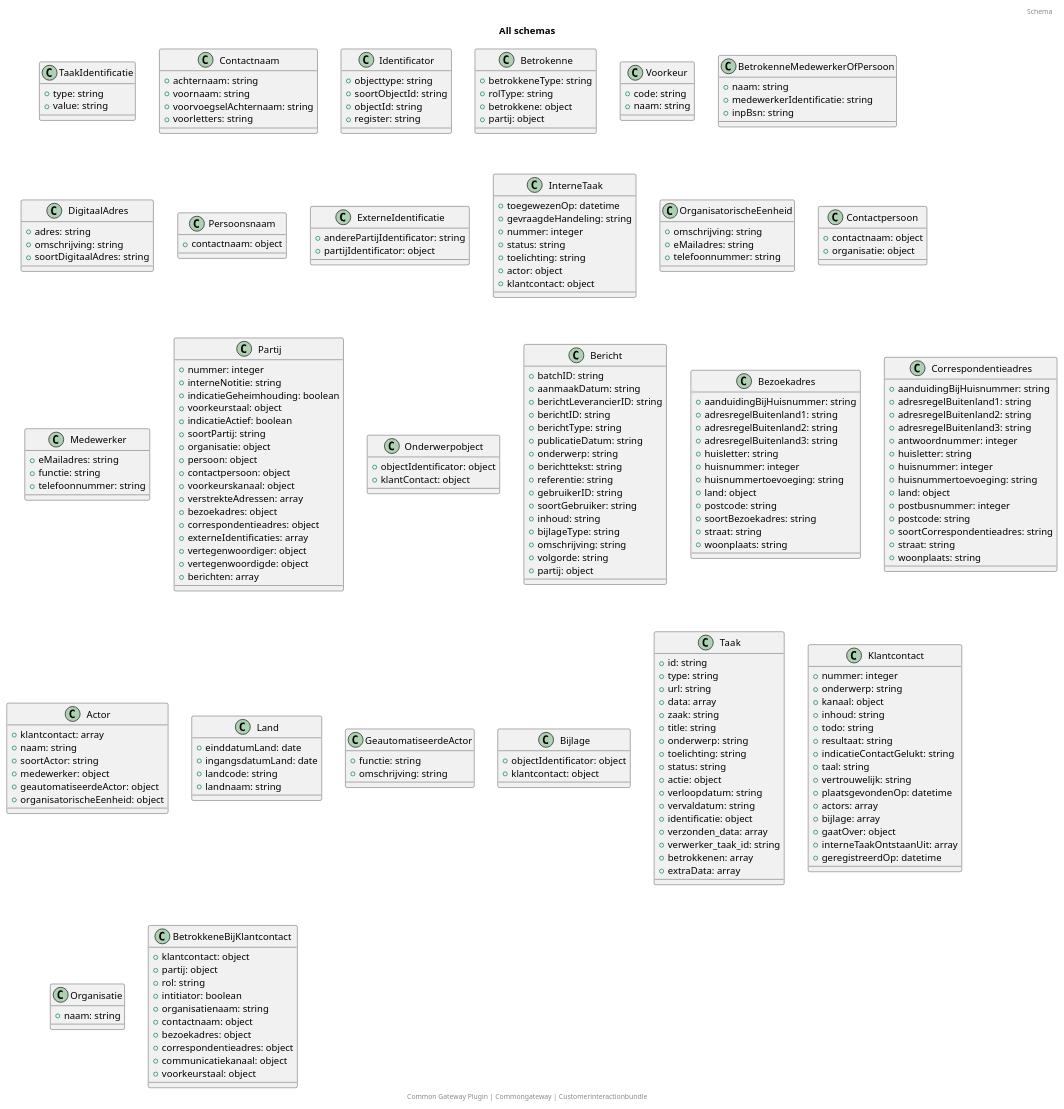
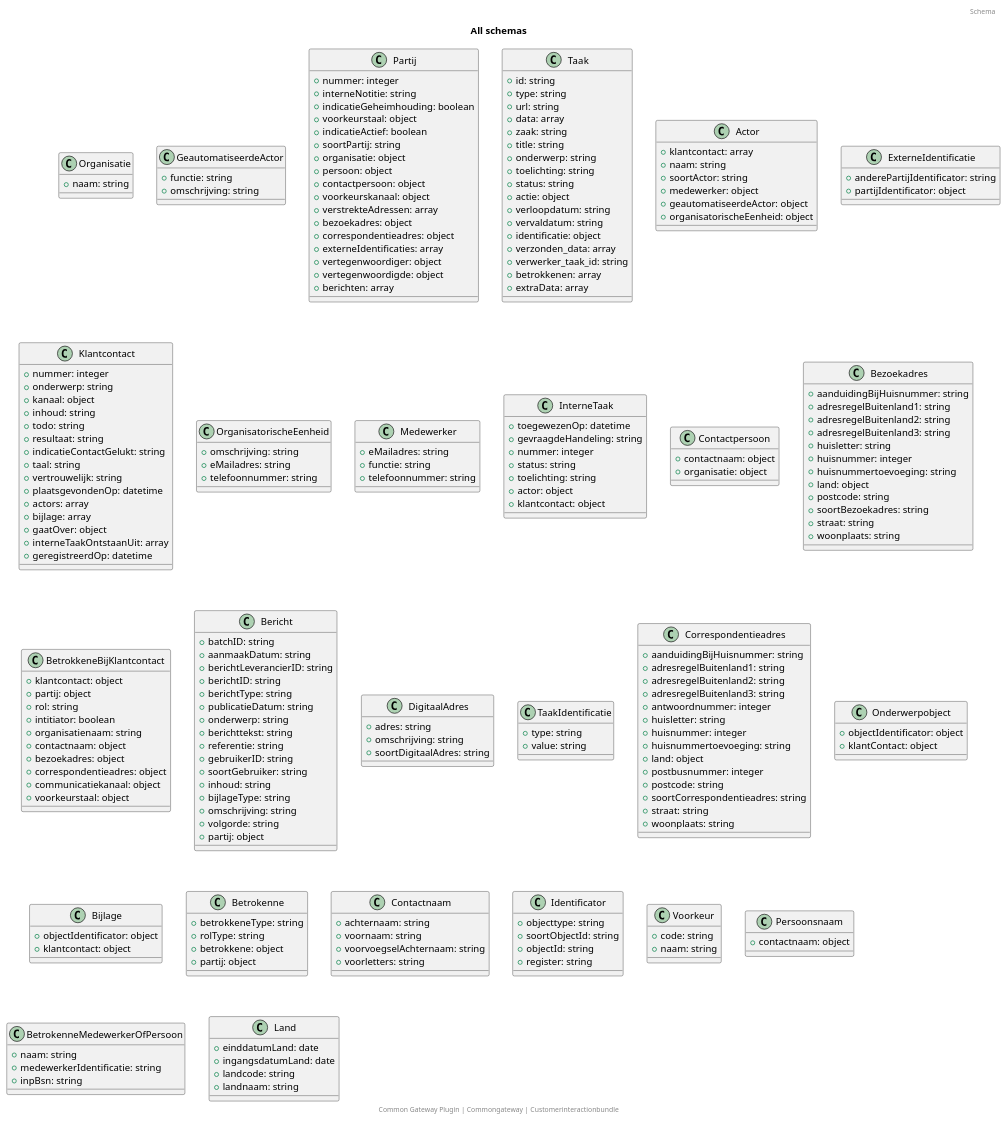
One commit to CommonGateway/CustomerInteractionBundle changed the diagram in docs/schema/all_schema_classes.puml. Above: the diagram before and after it, drawn with PlantUML. The commit also changed other lines of this file and 1 other file, not shown here.

```diff
--- a/docs/schema/all_schema_classes.puml
+++ b/docs/schema/all_schema_classes.puml
@@ -2,71 +2,12 @@
 title: All schemas
 footer: Common Gateway Plugin | Commongateway | Customerinteractionbundle 
 header: Schema
-class TaakIdentificatie {
-  + type: string
-  + value: string
-}
-class Contactnaam {
-  + achternaam: string
-  + voornaam: string
-  + voorvoegselAchternaam: string
-  + voorletters: string
-}
-class Identificator {
-  + objecttype: string
-  + soortObjectId: string
-  + objectId: string
-  + register: string
-}
-class Betrokenne {
-  + betrokkeneType: string
-  + rolType: string
-  + betrokkene: object
-  + partij: object
-}
-class Voorkeur {
-  + code: string
+class Organisatie {
   + naam: string
 }
-class BetrokenneMedewerkerOfPersoon {
-  + naam: string
-  + medewerkerIdentificatie: string
-  + inpBsn: string
-}
-class DigitaalAdres {
-  + adres: string
+class GeautomatiseerdeActor {
+  + functie: string
   + omschrijving: string
-  + soortDigitaalAdres: string
-}
-class Persoonsnaam {
-  + contactnaam: object
-}
-class ExterneIdentificatie {
-  + anderePartijIdentificator: string
-  + partijIdentificator: object
-}
-class InterneTaak {
-  + toegewezenOp: datetime
-  + gevraagdeHandeling: string
-  + nummer: integer
-  + status: string
-  + toelichting: string
-  + actor: object
-  + klantcontact: object
-}
-class OrganisatorischeEenheid {
-  + omschrijving: string
-  + eMailadres: string
-  + telefoonnummer: string
-}
-class Contactpersoon {
-  + contactnaam: object
-  + organisatie: object
-}
-class Medewerker {
-  + eMailadres: string
-  + functie: string
-  + telefoonnummer: string
 }
 class Partij {
   + nummer: integer
@@ -87,9 +28,102 @@
   + vertegenwoordigde: object
   + berichten: array
 }
-class Onderwerpobject {
-  + objectIdentificator: object
-  + klantContact: object
+class Taak {
+  + id: string
+  + type: string
+  + url: string
+  + data: array
+  + zaak: string
+  + title: string
+  + onderwerp: string
+  + toelichting: string
+  + status: string
+  + actie: object
+  + verloopdatum: string
+  + vervaldatum: string
+  + identificatie: object
+  + verzonden_data: array
+  + verwerker_taak_id: string
+  + betrokkenen: array
+  + extraData: array
+}
+class Actor {
+  + klantcontact: array
+  + naam: string
+  + soortActor: string
+  + medewerker: object
+  + geautomatiseerdeActor: object
+  + organisatorischeEenheid: object
+}
+class ExterneIdentificatie {
+  + anderePartijIdentificator: string
+  + partijIdentificator: object
+}
+class Klantcontact {
+  + nummer: integer
+  + onderwerp: string
+  + kanaal: object
+  + inhoud: string
+  + todo: string
+  + resultaat: string
+  + indicatieContactGelukt: string
+  + taal: string
+  + vertrouwelijk: string
+  + plaatsgevondenOp: datetime
+  + actors: array
+  + bijlage: array
+  + gaatOver: object
+  + interneTaakOntstaanUit: array
+  + geregistreerdOp: datetime
+}
+class OrganisatorischeEenheid {
+  + omschrijving: string
+  + eMailadres: string
+  + telefoonnummer: string
+}
+class Medewerker {
+  + eMailadres: string
+  + functie: string
+  + telefoonnummer: string
+}
+class InterneTaak {
+  + toegewezenOp: datetime
+  + gevraagdeHandeling: string
+  + nummer: integer
+  + status: string
+  + toelichting: string
+  + actor: object
+  + klantcontact: object
+}
+class Contactpersoon {
+  + contactnaam: object
+  + organisatie: object
+}
+class Bezoekadres {
+  + aanduidingBijHuisnummer: string
+  + adresregelBuitenland1: string
+  + adresregelBuitenland2: string
+  + adresregelBuitenland3: string
+  + huisletter: string
+  + huisnummer: integer
+  + huisnummertoevoeging: string
+  + land: object
+  + postcode: string
+  + soortBezoekadres: string
+  + straat: string
+  + woonplaats: string
+}
+class BetrokkeneBijKlantcontact {
+  + klantcontact: object
+  + partij: object
+  + rol: string
+  + intitiator: boolean
+  + organisatienaam: string
+  + contactnaam: object
+  + bezoekadres: object
+  + correspondentieadres: object
+  + communicatiekanaal: object
+  + voorkeurstaal: object
 }
 class Bericht {
   + batchID: string
@@ -109,19 +143,14 @@
   + volgorde: string
   + partij: object
 }
-class Bezoekadres {
-  + aanduidingBijHuisnummer: string
-  + adresregelBuitenland1: string
-  + adresregelBuitenland2: string
-  + adresregelBuitenland3: string
-  + huisletter: string
-  + huisnummer: integer
-  + huisnummertoevoeging: string
-  + land: object
-  + postcode: string
-  + soortBezoekadres: string
-  + straat: string
-  + woonplaats: string
+class DigitaalAdres {
+  + adres: string
+  + omschrijving: string
+  + soortDigitaalAdres: string
+}
+class TaakIdentificatie {
+  + type: string
+  + value: string
 }
 class Correspondentieadres {
   + aanduidingBijHuisnummer: string
@@ -139,13 +168,43 @@
   + straat: string
   + woonplaats: string
 }
-class Actor {
-  + klantcontact: array
+class Onderwerpobject {
+  + objectIdentificator: object
+  + klantContact: object
+}
+class Bijlage {
+  + objectIdentificator: object
+  + klantcontact: object
+}
+class Betrokenne {
+  + betrokkeneType: string
+  + rolType: string
+  + betrokkene: object
+  + partij: object
+}
+class Contactnaam {
+  + achternaam: string
+  + voornaam: string
+  + voorvoegselAchternaam: string
+  + voorletters: string
+}
+class Identificator {
+  + objecttype: string
+  + soortObjectId: string
+  + objectId: string
+  + register: string
+}
+class Voorkeur {
+  + code: string
   + naam: string
-  + soortActor: string
-  + medewerker: object
-  + geautomatiseerdeActor: object
-  + organisatorischeEenheid: object
+}
+class Persoonsnaam {
+  + contactnaam: object
+}
+class BetrokenneMedewerkerOfPersoon {
+  + naam: string
+  + medewerkerIdentificatie: string
+  + inpBsn: string
 }
 class Land {
   + einddatumLand: date
@@ -153,63 +212,4 @@
   + landcode: string
   + landnaam: string
 }
-class GeautomatiseerdeActor {
-  + functie: string
-  + omschrijving: string
-}
-class Bijlage {
-  + objectIdentificator: object
-  + klantcontact: object
-}
-class Taak {
-  + id: string
-  + type: string
-  + url: string
-  + data: array
-  + zaak: string
-  + title: string
-  + onderwerp: string
-  + toelichting: string
-  + status: string
-  + actie: object
-  + verloopdatum: string
-  + vervaldatum: string
-  + identificatie: object
-  + verzonden_data: array
-  + verwerker_taak_id: string
-  + betrokkenen: array
-  + extraData: array
-}
-class Klantcontact {
-  + nummer: integer
-  + onderwerp: string
-  + kanaal: object
-  + inhoud: string
-  + todo: string
-  + resultaat: string
-  + indicatieContactGelukt: string
-  + taal: string
-  + vertrouwelijk: string
-  + plaatsgevondenOp: datetime
-  + actors: array
-  + bijlage: array
-  + gaatOver: object
-  + interneTaakOntstaanUit: array
-  + geregistreerdOp: datetime
-}
-class Organisatie {
-  + naam: string
-}
-class BetrokkeneBijKlantcontact {
-  + klantcontact: object
-  + partij: object
-  + rol: string
-  + intitiator: boolean
-  + organisatienaam: string
-  + contactnaam: object
-  + bezoekadres: object
-  + correspondentieadres: object
-  + communicatiekanaal: object
-  + voorkeurstaal: object
-}
 @enduml
```
